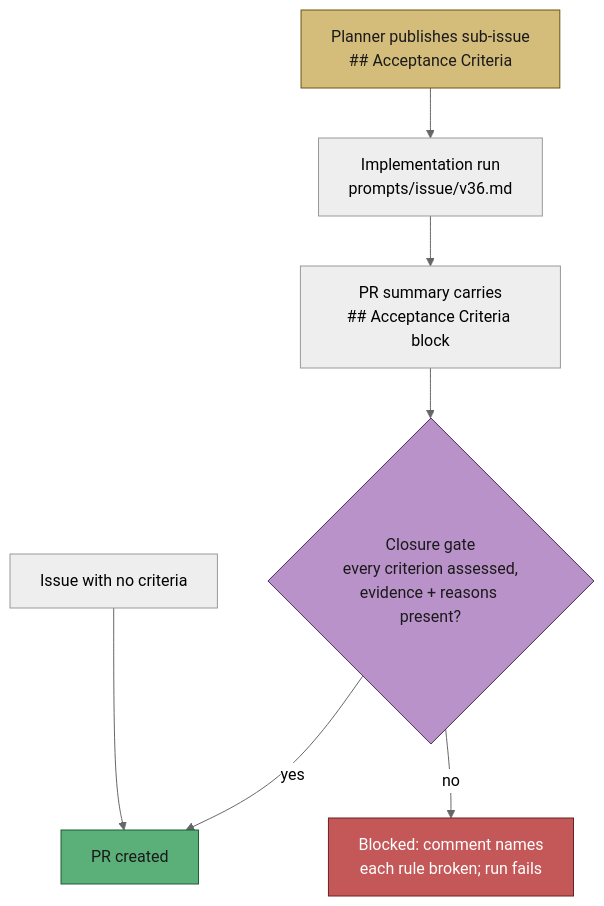
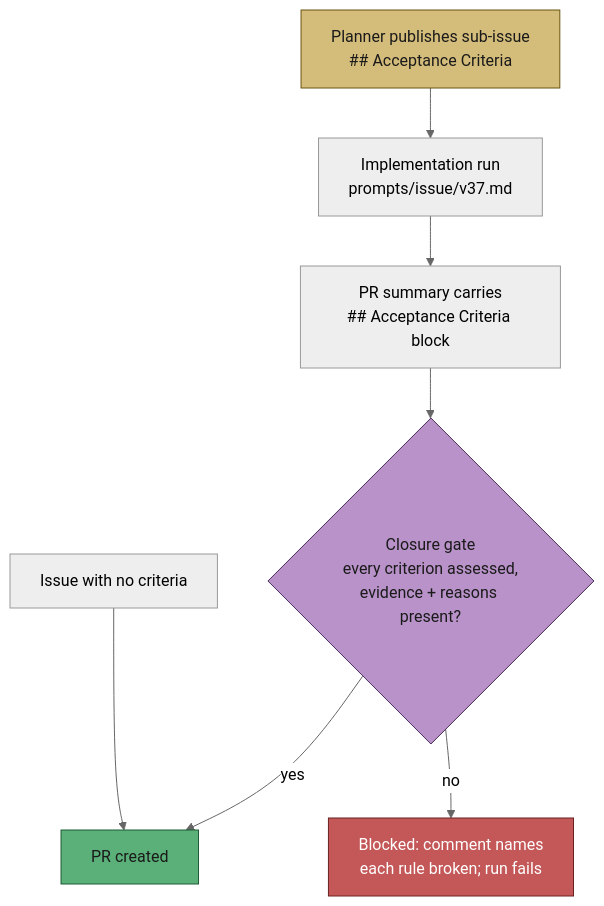
One commit to stSoftwareAU/VibeCoder changed diagram 11 of 13 in docs/workflows/issue-processing.md. Above: the diagram before and after it, drawn with Mermaid (neutral theme). The commit also changed other lines of this file and 8 other files, not shown here.

````diff
--- a/docs/workflows/issue-processing.md
+++ b/docs/workflows/issue-processing.md
@@ -669,13 +669,13 @@
 ```mermaid
 flowchart TD
-    P["Planner publishes sub-issue<br/>## Acceptance Criteria"] --> I["Implementation run<br/>prompts/issue/v36.md"]
+    P["Planner publishes sub-issue<br/>## Acceptance Criteria"] --> I["Implementation run<br/>prompts/issue/v37.md"]
     I --> S["PR summary carries<br/>## Acceptance Criteria block"]
     S --> G{"Closure gate<br/>every criterion assessed,<br/>evidence + reasons present?"}
     G -->|yes| PR["PR created"]
     G -->|no| B["Blocked: comment names<br/>each rule broken; run fails"]
     N["Issue with no criteria"] --> PR
     style P fill:#d4bc7a,stroke:#6b5510,color:#1a1a1a
     style G fill:#b892c8,stroke:#4a2d5a,color:#1a1a1a
     style PR fill:#5ab078,stroke:#1d5a35,color:#1a1a1a
     style B fill:#c45858,stroke:#6b2020,color:#fff
 ```
````
